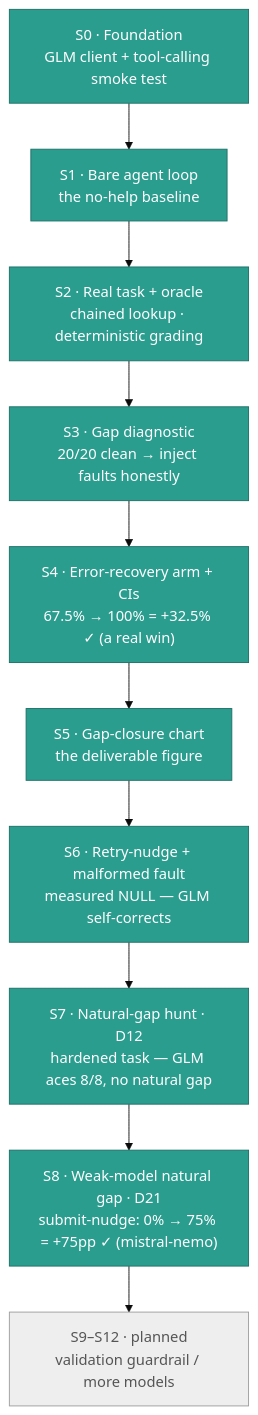
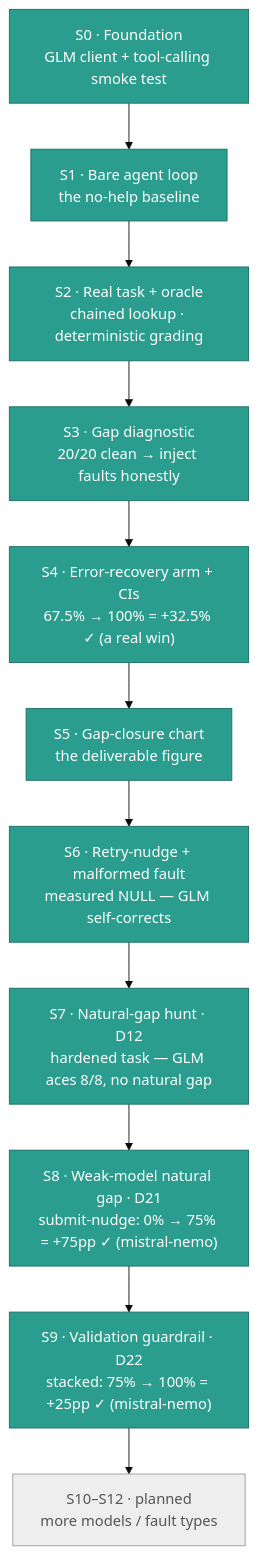
One commit to ksdisch/forge-gap changed the diagram in docs/ROADMAP.md. Above: the diagram before and after it, drawn with Mermaid (base theme). The commit also changed other lines of this file and 9 other files, not shown here.

First line of the commit message:
feat(s9): validation guardrail closes the residual wrong-answer gap — +25 pp (mistral-nemo, N=40)

````diff
--- a/docs/ROADMAP.md
+++ b/docs/ROADMAP.md
@@ -11,19 +11,20 @@
 ```mermaid
 flowchart TB
     S0["S0 · Foundation<br/>GLM client + tool-calling smoke test"]:::done
     S1["S1 · Bare agent loop<br/>the no-help baseline"]:::done
     S2["S2 · Real task + oracle<br/>chained lookup · deterministic grading"]:::done
     S3["S3 · Gap diagnostic<br/>20/20 clean → inject faults honestly"]:::done
     S4["S4 · Error-recovery arm + CIs<br/>67.5% → 100% = +32.5% ✓ (a real win)"]:::done
     S5["S5 · Gap-closure chart<br/>the deliverable figure"]:::done
     S6["S6 · Retry-nudge + malformed fault<br/>measured NULL — GLM self-corrects"]:::done
     S7["S7 · Natural-gap hunt · D12<br/>hardened task — GLM aces 8/8, no natural gap"]:::done
     S8["S8 · Weak-model natural gap · D21<br/>submit-nudge: 0% → 75% = +75pp ✓ (mistral-nemo)"]:::done
-    F["S9–S12 · planned<br/>validation guardrail / more models"]:::planned
+    S9["S9 · Validation guardrail · D22<br/>stacked: 75% → 100% = +25pp ✓ (mistral-nemo)"]:::done
+    F["S10–S12 · planned<br/>more models / fault types"]:::planned
 
-    S0 --> S1 --> S2 --> S3 --> S4 --> S5 --> S6 --> S7 --> S8 --> F
+    S0 --> S1 --> S2 --> S3 --> S4 --> S5 --> S6 --> S7 --> S8 --> S9 --> F
 
     classDef done fill:#2a9d8f,stroke:#1d6f66,color:#ffffff;
     classDef goal fill:#e9c46a,stroke:#b8902f,color:#222222,stroke-width:2px;
     classDef planned fill:#eeeeee,stroke:#9e9e9e,color:#555555;
 ```
````
